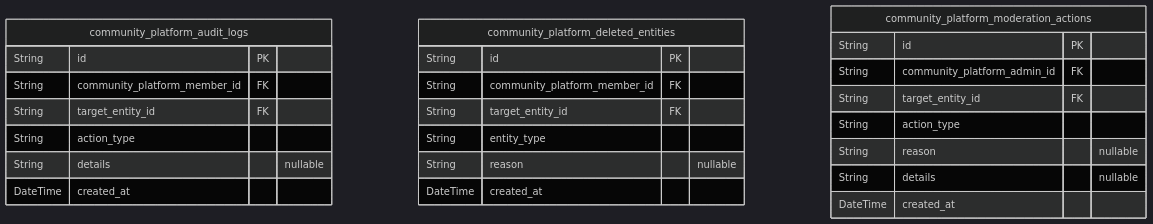
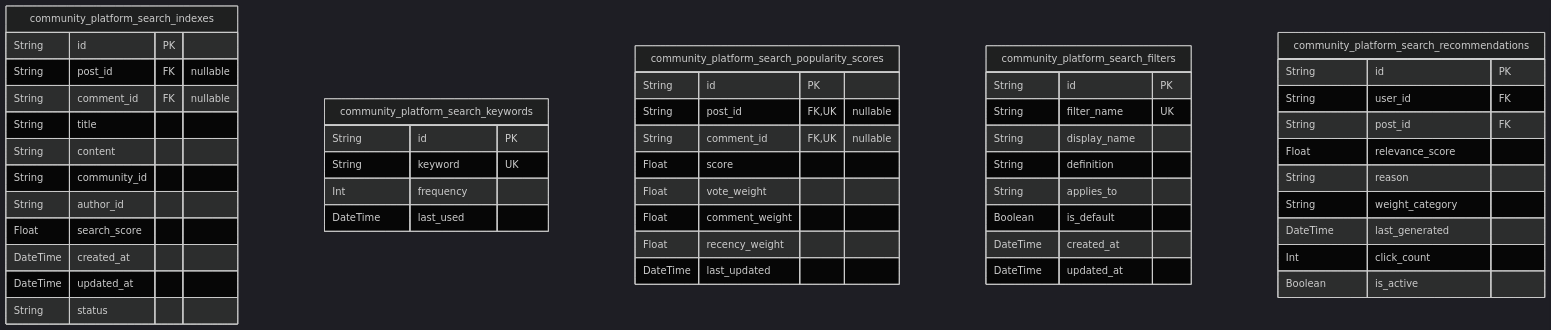
Before and after one commit to wrtnlabs/autobe-examples: the tenth of 10 diagrams in qwen/qwen3-next-80b-a3b-instruct/reddit/docs/ERD.md, drawn with Mermaid (dark theme). The commit also changed other lines of this file and 960 other files, not shown here.

````diff
--- a/qwen/qwen3-next-80b-a3b-instruct/reddit/docs/ERD.md
+++ b/qwen/qwen3-next-80b-a3b-instruct/reddit/docs/ERD.md
@@ -1534,28 +2330,53 @@
 ```mermaid
 erDiagram
-"community_platform_audit_logs" {
+"community_platform_search_indexes" {
   String id PK
-  String community_platform_member_id FK
-  String target_entity_id FK
-  String action_type
-  String details "nullable"
+  String post_id FK "nullable"
+  String comment_id FK "nullable"
+  String title
+  String content
+  String community_id
+  String author_id
+  Float search_score
   DateTime created_at
+  DateTime updated_at
+  String status
 }
-"community_platform_deleted_entities" {
+"community_platform_search_keywords" {
   String id PK
-  String community_platform_member_id FK
-  String target_entity_id FK
-  String entity_type
-  String reason "nullable"
+  String keyword UK
+  Int frequency
+  DateTime last_used
+}
+"community_platform_search_popularity_scores" {
+  String id PK
+  String post_id FK,UK "nullable"
+  String comment_id FK,UK "nullable"
+  Float score
+  Float vote_weight
+  Float comment_weight
+  Float recency_weight
+  DateTime last_updated
+}
+"community_platform_search_filters" {
+  String id PK
+  String filter_name UK
+  String display_name
+  String definition
+  String applies_to
+  Boolean is_default
   DateTime created_at
+  DateTime updated_at
 }
-"community_platform_moderation_actions" {
+"community_platform_search_recommendations" {
   String id PK
-  String community_platform_admin_id FK
-  String target_entity_id FK
-  String action_type
-  String reason "nullable"
-  String details "nullable"
-  DateTime created_at
+  String user_id FK
+  String post_id FK
+  Float relevance_score
+  String reason
+  String weight_category
+  DateTime last_generated
+  Int click_count
+  Boolean is_active
 }
 ```
````
